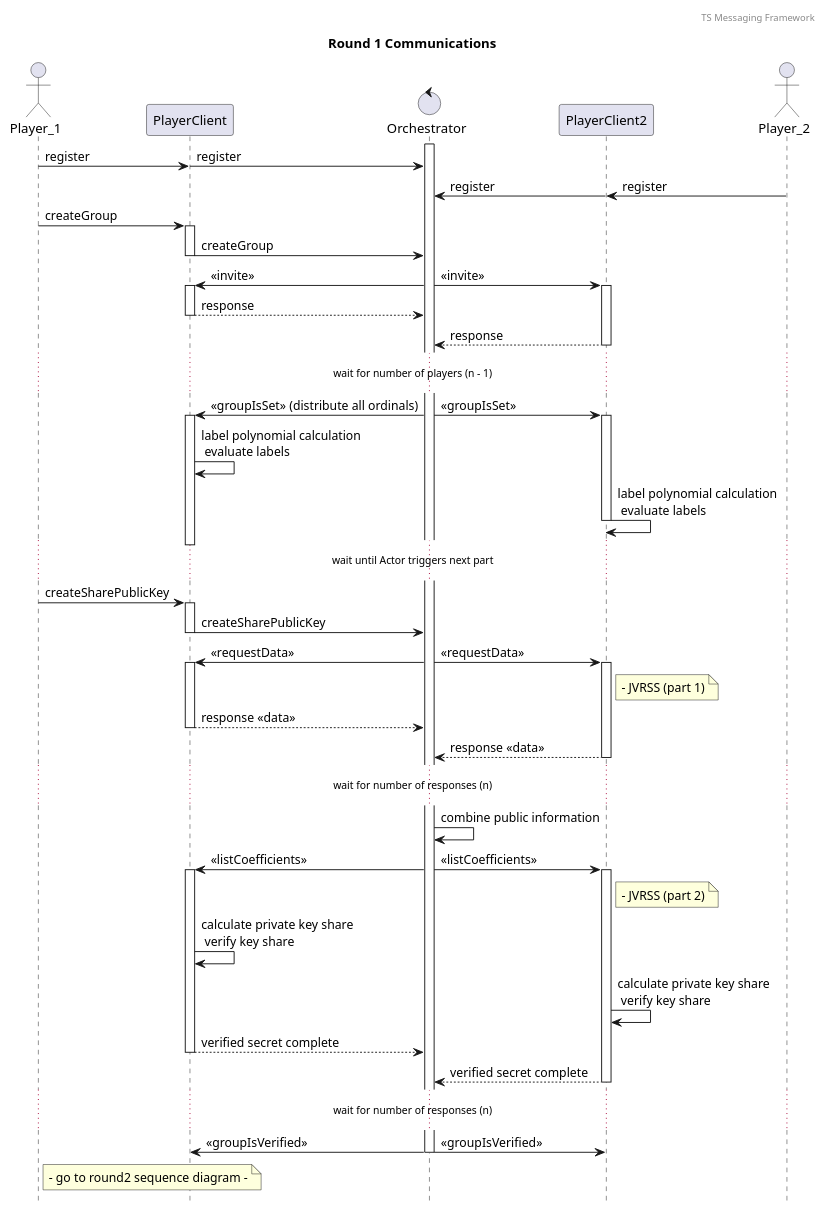
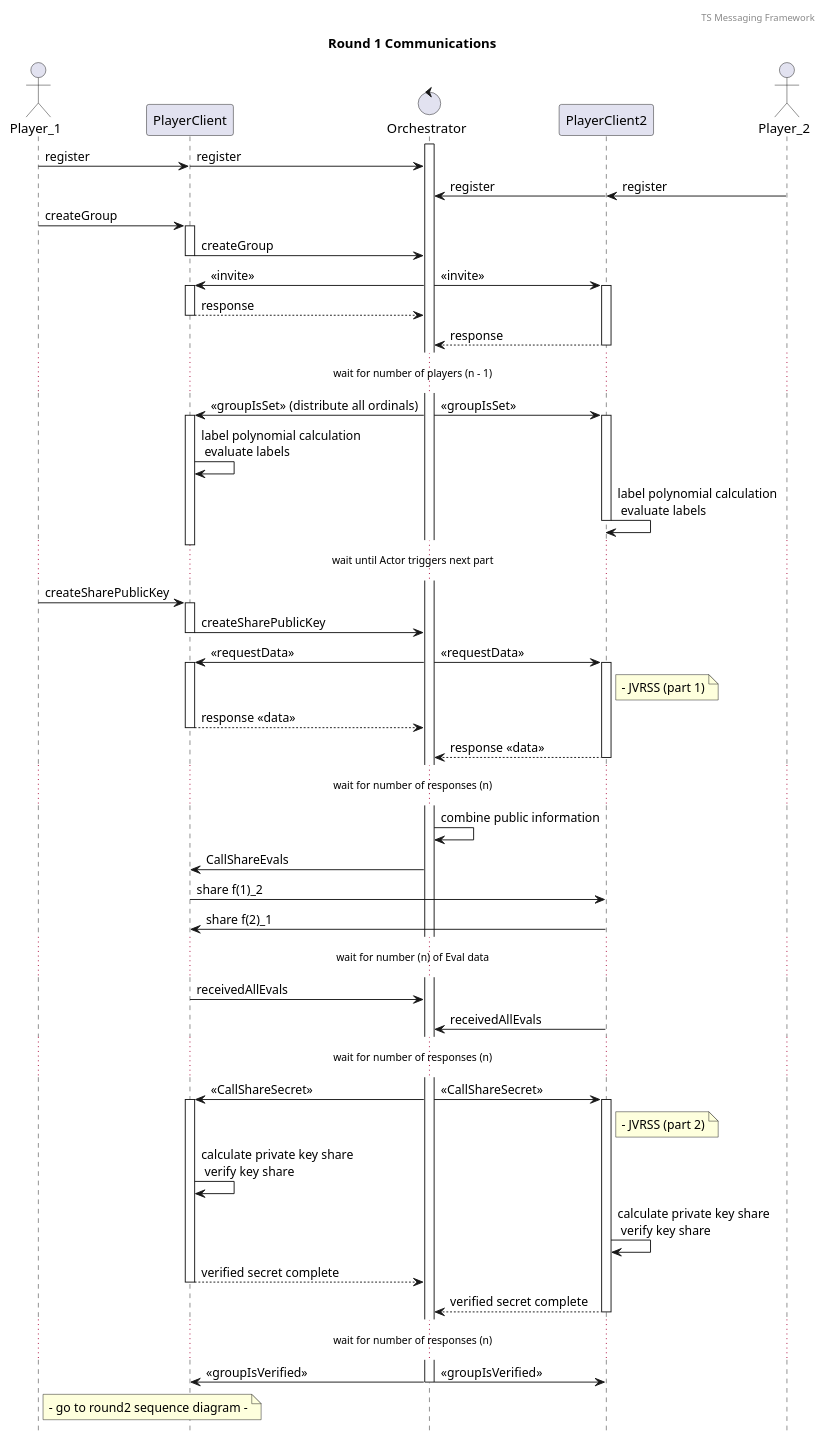
Before and after one commit to nakasendo/nakasendo: the diagram in src/applications/TS_protobuf/diagrams/round1_sequence_diagram.wsd, drawn with PlantUML. The commit also changed 19 other files, not shown here.

```diff
--- a/src/applications/TS_protobuf/diagrams/round1_sequence_diagram.wsd
+++ b/src/applications/TS_protobuf/diagrams/round1_sequence_diagram.wsd
@@ -1,107 +1,116 @@
 @startuml
 !pragma teoz true
 
 header TS Messaging Framework
 title Round 1 Communications
 hide footbox
 actor Player_1
 participant PlayerClient
 control Orchestrator
 participant PlayerClient2
 actor Player_2
 
 activate Orchestrator
 Player_1->PlayerClient : register
 & PlayerClient->Orchestrator : register
 Player_2->PlayerClient2 : register
 & PlayerClient2->Orchestrator : register
 
 
 Player_1 -> PlayerClient : createGroup
 activate PlayerClient
 PlayerClient -> Orchestrator : createGroup 
 deactivate PlayerClient
 
 
 Orchestrator -> PlayerClient : << invite >>
 & Orchestrator -> PlayerClient2 : << invite >>
 activate PlayerClient
 activate PlayerClient2
 
 PlayerClient --> Orchestrator : response
 deactivate PlayerClient
 PlayerClient2 --> Orchestrator : response
 deactivate PlayerClient2
 
 ... wait for number of players (n - 1) ...
 
 Orchestrator -> PlayerClient : << groupIsSet >> (distribute all ordinals)
 & Orchestrator -> PlayerClient2 :  << groupIsSet >>
 activate PlayerClient
 activate PlayerClient2
 PlayerClient -> PlayerClient : label polynomial calculation \n evaluate labels
 PlayerClient2 -> PlayerClient2 : label polynomial calculation \n evaluate labels
 deactivate PlayerClient
 deactivate PlayerClient2
 
 ... wait until Actor triggers next part ...
 
 Player_1 -> PlayerClient : createSharePublicKey
 
 
 activate PlayerClient
 
 PlayerClient -> Orchestrator : createSharePublicKey
 deactivate PlayerClient
 
 Orchestrator -> PlayerClient : << requestData >>
 & Orchestrator -> PlayerClient2 : << requestData >>
 activate PlayerClient
 activate PlayerClient2
 
 
 note right PlayerClient2
     - JVRSS (part 1)
 end note
 
 
 PlayerClient --> Orchestrator : response <<data>>
 deactivate PlayerClient
 PlayerClient2 --> Orchestrator : response <<data>>
 deactivate PlayerClient2
 
 ... wait for number of responses (n) ...
 
 Orchestrator -> Orchestrator : combine public information
-Orchestrator -> PlayerClient : << listCoefficients >>
-& Orchestrator -> PlayerClient2 : << listCoefficients >>
+
+Orchestrator -> PlayerClient : CallShareEvals
+PlayerClient -> PlayerClient2 : share f(1)_2
+PlayerClient2 ->PlayerClient : share f(2)_1
+... wait for number (n) of Eval data ...
+PlayerClient -> Orchestrator : receivedAllEvals
+PlayerClient2 -> Orchestrator : receivedAllEvals
+
+... wait for number of responses (n) ...
+Orchestrator -> PlayerClient : << CallShareSecret >>
+& Orchestrator -> PlayerClient2 : << CallShareSecret >>
 activate PlayerClient
 activate PlayerClient2
 
 note right PlayerClient2
     - JVRSS (part 2)
 end note
 
 PlayerClient -> PlayerClient : calculate private key share \n verify key share
 PlayerClient2 -> PlayerClient2 : calculate private key share \n verify key share
 
 PlayerClient --> Orchestrator : verified secret complete
 deactivate PlayerClient
 PlayerClient2 --> Orchestrator : verified secret complete
 deactivate PlayerClient2
 
 
 ... wait for number of responses (n) ...
 
 Orchestrator -> PlayerClient : << groupIsVerified >>
 & Orchestrator -> PlayerClient2 : << groupIsVerified >>
 
 
 note right Player_1
     - go to round2 sequence diagram -
 end note
 
 deactivate Orchestrator
 
 
 @enduml
```
